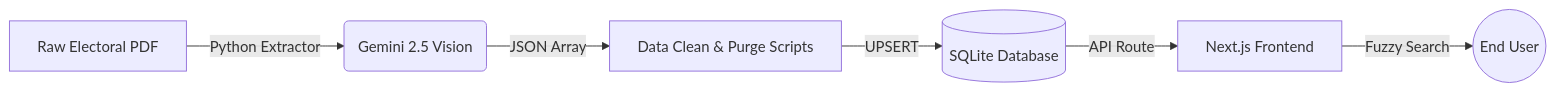
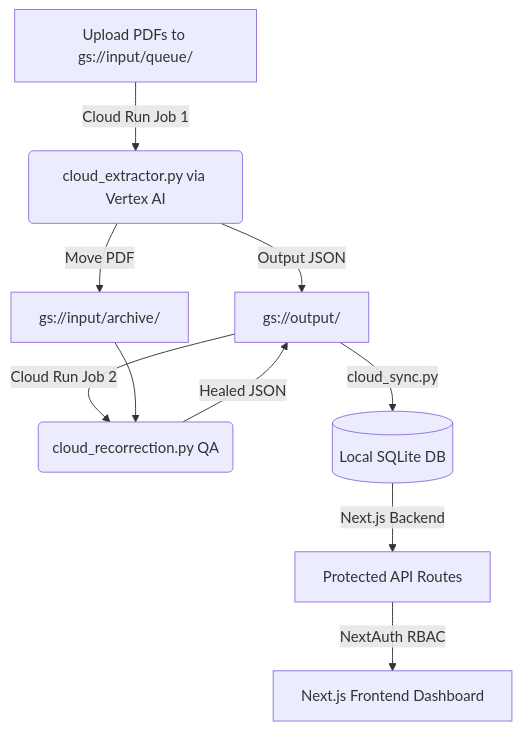
The diagram in README.md (Shubhamagarwal2073/voter-search-app), drawn with Mermaid before and after one commit. The commit also changed other lines of this file, not shown here.

````diff
--- a/README.md
+++ b/README.md
@@ -73,8 +78,15 @@
 ```mermaid
-graph LR
-    A[Raw Electoral PDF] -->|Python Extractor| B(Gemini 2.5 Vision)
-    B -->|JSON Array| C[Data Clean & Purge Scripts]
-    C -->|UPSERT| D[(SQLite Database)]
-    D -->|API Route| E[Next.js Frontend]
-    E -->|Fuzzy Search| F((End User))
+graph TD
+    A[Upload PDFs to gs://input/queue/] -->|Cloud Run Job 1| B(cloud_extractor.py via Vertex AI)
+    B -->|Output JSON| C[gs://output/]
+    B -->|Move PDF| D[gs://input/archive/]
+    
+    C -->|Cloud Run Job 2| E(cloud_recorrection.py QA)
+    D --> E
+    E -->|Healed JSON| C
+    
+    C -->|cloud_sync.py| F[(Local SQLite DB)]
+    
+    F -->|Next.js Backend| G[Protected API Routes]
+    G -->|NextAuth RBAC| H[Next.js Frontend Dashboard]
 ```
````
